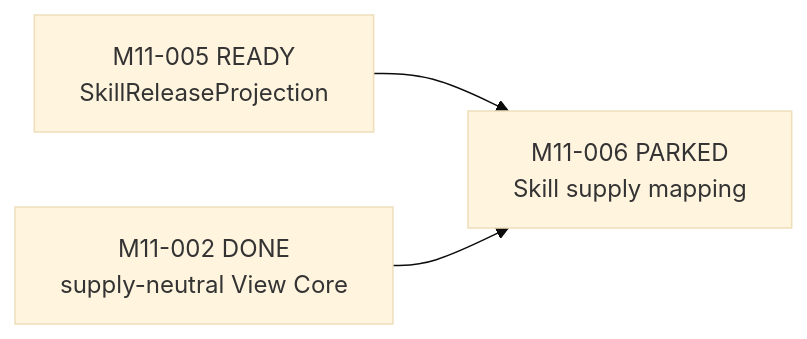
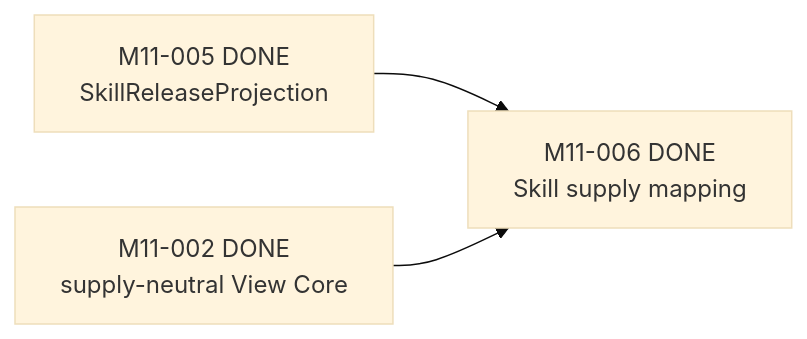
The fourth of 4 diagrams in docs/M_SERIES_IMPLEMENTATION_MAP.md (Chengyue-Lu/research-agent-workbench), drawn with Mermaid (base theme) before and after one commit. The commit also changed other lines of this file and 18 other files, not shown here.

Commit message:
fix: close M11 Skill projection review gaps

````diff
--- a/docs/M_SERIES_IMPLEMENTATION_MAP.md
+++ b/docs/M_SERIES_IMPLEMENTATION_MAP.md
@@ -119,5 +119,5 @@
 ```mermaid
 flowchart LR
-    M1105["M11-005 READY<br/>SkillReleaseProjection"] --> M1106["M11-006 PARKED<br/>Skill supply mapping"]
+    M1105["M11-005 DONE<br/>SkillReleaseProjection"] --> M1106["M11-006 DONE<br/>Skill supply mapping"]
     M1102["M11-002 DONE<br/>supply-neutral View Core"] --> M1106
 ```
````
